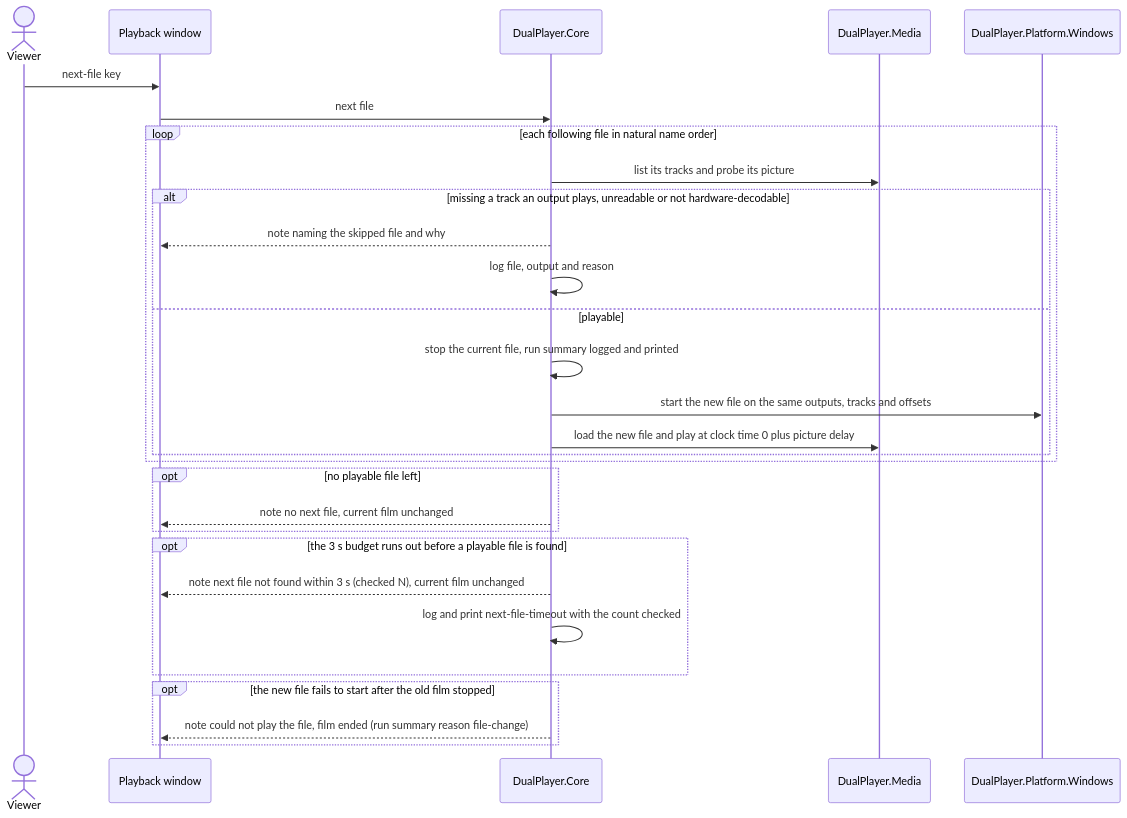
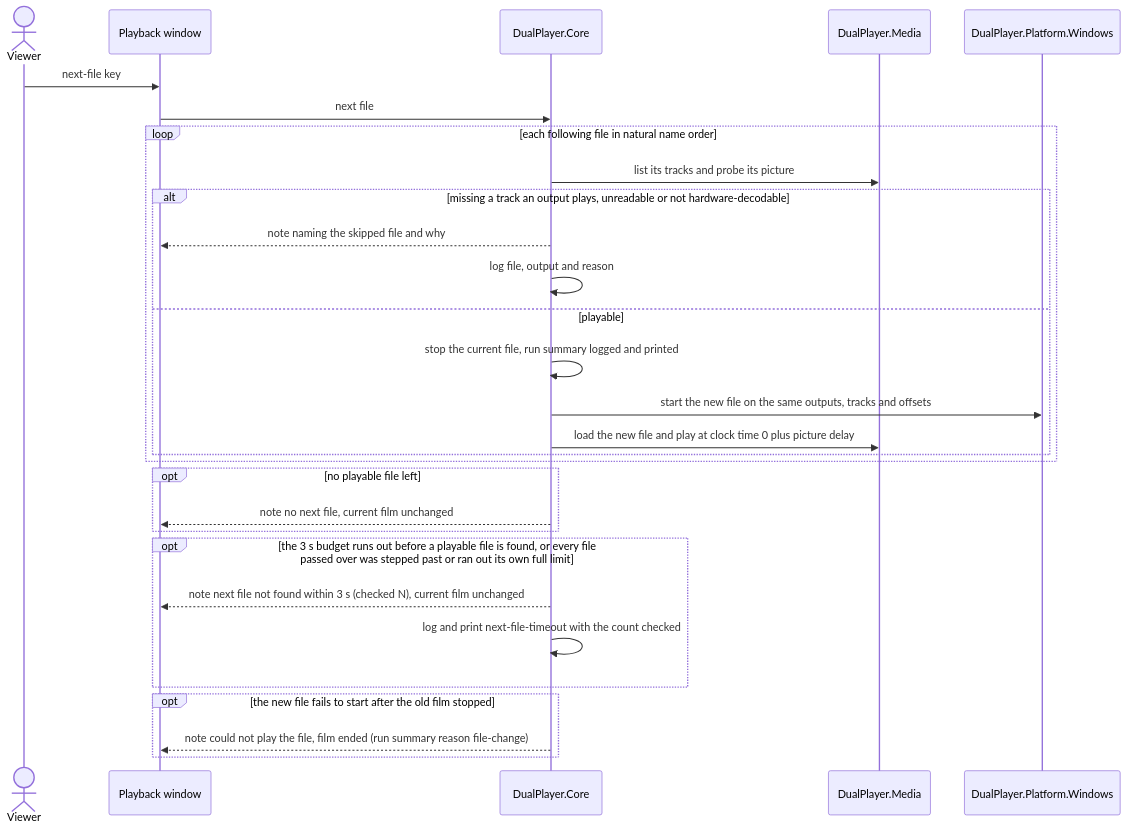
Before and after one commit to PulsarV/DualPlayer: the fifth of 11 diagrams in docs/features/lip-synced-video/sad.md, drawn with Mermaid. The commit also changed other lines of this file and 10 other files, not shown here.

First line of the commit message:
implement: lip-synced-video T126 Bring spec, sad, ux-flows, screens, cli.md, the T23 guide and test-plan in step with the timeout rule, the recovery clock and the start failures with the window open

````diff
--- a/docs/features/lip-synced-video/sad.md
+++ b/docs/features/lip-synced-video/sad.md
@@ -300,31 +300,31 @@
 ```mermaid
 sequenceDiagram
     actor Viewer
     participant Window as Playback window
     participant Core as DualPlayer.Core
     participant Media as DualPlayer.Media
     participant Platform as DualPlayer.Platform.Windows
     Viewer->>Window: next-file key
     Window->>Core: next file
     loop each following file in natural name order
         Core->>Media: list its tracks and probe its picture
         alt missing a track an output plays, unreadable or not hardware-decodable
             Core-->>Window: note naming the skipped file and why
             Core->>Core: log file, output and reason
         else playable
             Core->>Core: stop the current file, run summary logged and printed
             Core->>Platform: start the new file on the same outputs, tracks and offsets
             Core->>Media: load the new file and play at clock time 0 plus picture delay
         end
     end
     opt no playable file left
         Core-->>Window: note no next file, current film unchanged
     end
-    opt the 3 s budget runs out before a playable file is found
+    opt the 3 s budget runs out before a playable file is found, or every file passed over was stepped past or ran out its own full limit
         Core-->>Window: note next file not found within 3 s (checked N), current film unchanged
         Core->>Core: log and print next-file-timeout with the count checked
     end
     opt the new file fails to start after the old film stopped
         Core-->>Window: note could not play the file, film ended (run summary reason file-change)
     end
 ```
````
